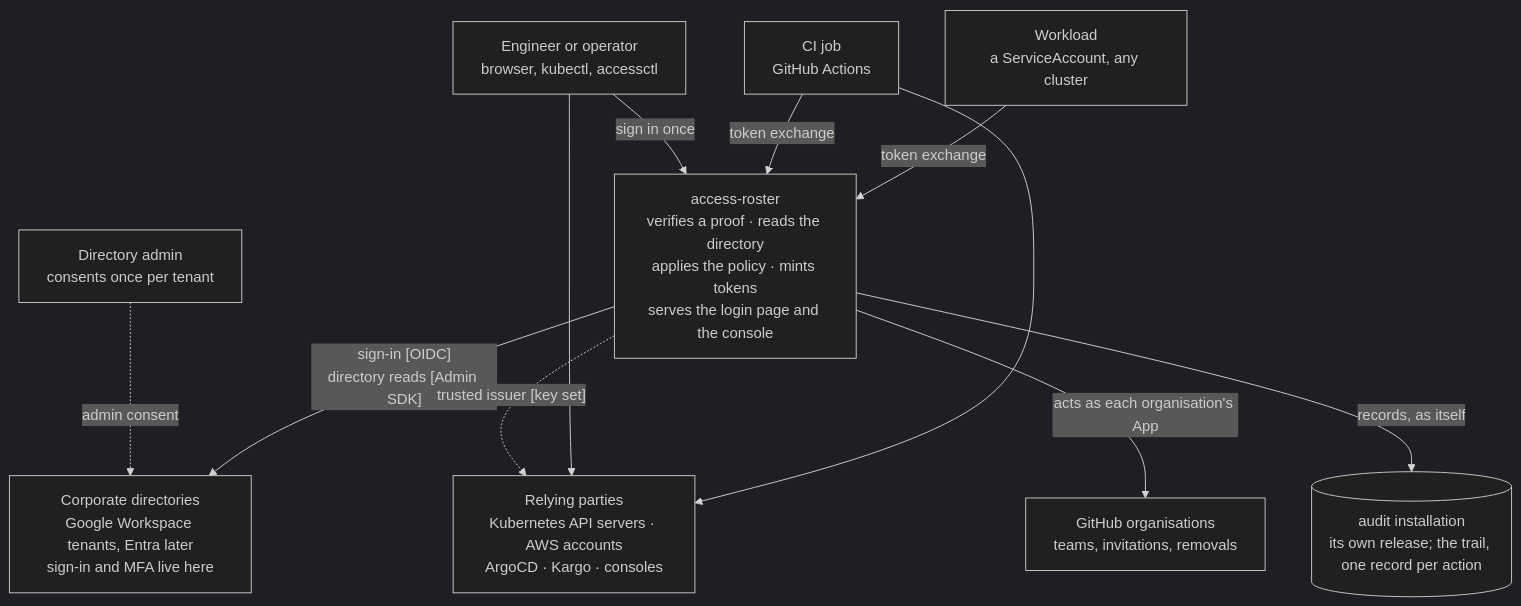
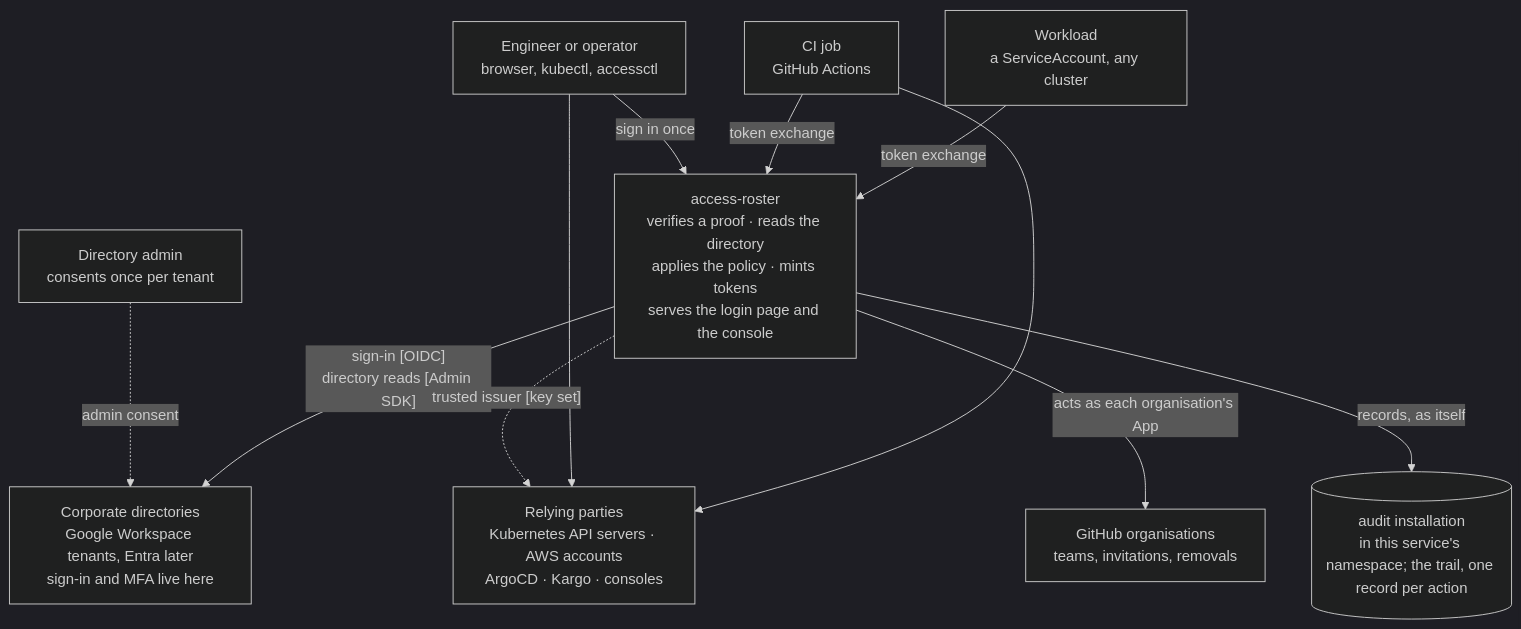
The first of 2 diagrams in docs/architecture.md (truvity/access-roster), drawn with Mermaid (dark theme) before and after one commit. The commit also changed other lines of this file and 1 other file, not shown here.

Commit message:
docs: the diagrams' edges follow the renamed audit node
Renaming the node from s3 to aud left every edge pointing at the old id,
so Mermaid drew a dangling box called s3 and the audit installation
stood disconnected. The second diagram in the architecture page still
said the installation was a release of its own; it is in this
service's namespace.

````diff
--- a/docs/architecture.md
+++ b/docs/architecture.md
@@ -28,25 +28,25 @@
 ```mermaid
 flowchart TB
   person["Engineer or operator<br/>browser, kubectl, accessctl"]
   ci["CI job<br/>GitHub Actions"]
   workload["Workload<br/>a ServiceAccount, any cluster"]
   admin["Directory admin<br/>consents once per tenant"]
 
   ar["access-roster<br/>verifies a proof · reads the directory<br/>applies the policy · mints tokens<br/>serves the login page and the console"]
 
   idp["Corporate directories<br/>Google Workspace tenants, Entra later<br/>sign-in and MFA live here"]
   rp["Relying parties<br/>Kubernetes API servers · AWS accounts<br/>ArgoCD · Kargo · consoles"]
   gho["GitHub organisations<br/>teams, invitations, removals"]
-  s3[("audit installation<br/>its own release; the trail, one record per action")]
+  aud[("audit installation<br/>in this service's namespace; the trail, one record per action")]
 
   person -- "sign in once" --> ar
   ci -- "token exchange" --> ar
   workload -- "token exchange" --> ar
   admin -. "admin consent" .-> idp
   ar -- "sign-in [OIDC]<br/>directory reads [Admin SDK]" --> idp
   ar -. "trusted issuer [key set]" .-> rp
   ar -- "acts as each organisation's App" --> gho
-  ar -- "records, as itself" --> s3
+  ar -- "records, as itself" --> aud
   person --> rp
   ci --> rp
 ```
````
